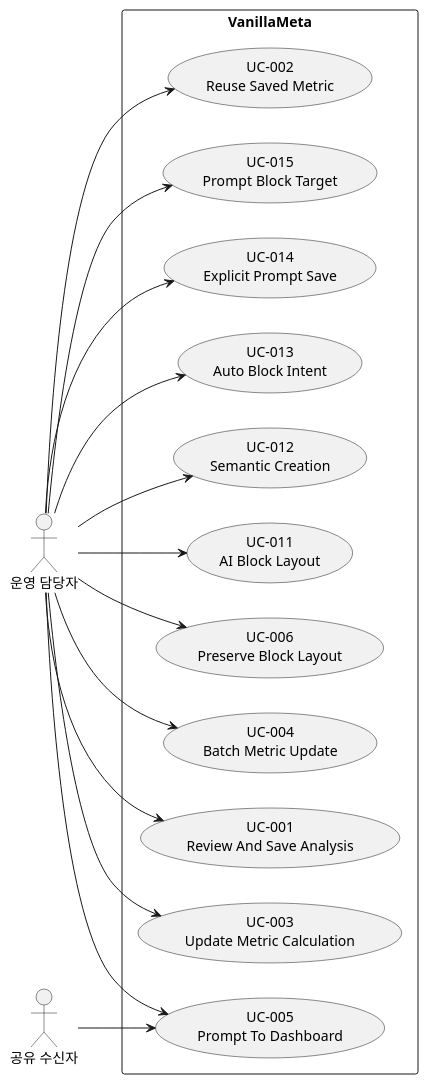
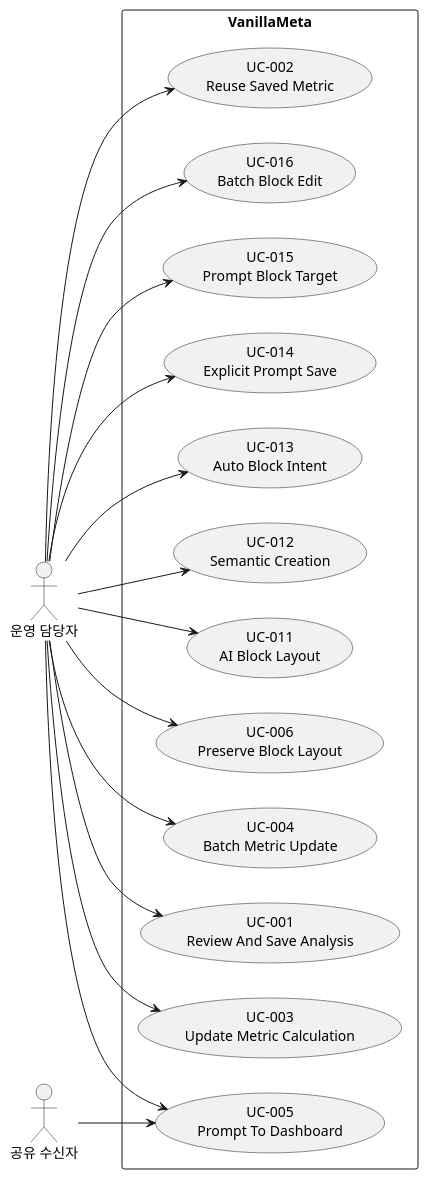
One commit to vanillabrain/vanillameta changed the diagram in docs/use_cases.puml. Above: the diagram before and after it, drawn with PlantUML. The commit also changed 21 other files, not shown here.

```diff
--- a/docs/use_cases.puml
+++ b/docs/use_cases.puml
@@ -1,30 +1,32 @@
 @startuml
 left to right direction
 actor "운영 담당자" as operator
 rectangle "VanillaMeta" {
+ usecase "UC-016\nBatch Block Edit" as UC016
  usecase "UC-015\nPrompt Block Target" as UC015
  usecase "UC-014\nExplicit Prompt Save" as UC014
  usecase "UC-013\nAuto Block Intent" as UC013
  usecase "UC-012\nSemantic Creation" as UC012
  usecase "UC-011\nAI Block Layout" as UC011
  usecase "UC-006\nPreserve Block Layout" as UC006
  usecase "UC-005\nPrompt To Dashboard" as UC005
  usecase "UC-004\nBatch Metric Update" as UC004
  usecase "UC-001\nReview And Save Analysis" as UC001
  usecase "UC-003\nUpdate Metric Calculation" as UC003
  usecase "UC-002\nReuse Saved Metric" as UC002
 }
 operator --> UC015
 operator --> UC014
 operator --> UC013
 operator --> UC012
 operator --> UC011
 operator --> UC006
 operator --> UC005
 actor "공유 수신자" as recipient
 recipient --> UC005
 operator --> UC004
 operator --> UC003
 operator --> UC002
 operator --> UC001
+operator --> UC016
 @enduml
```
